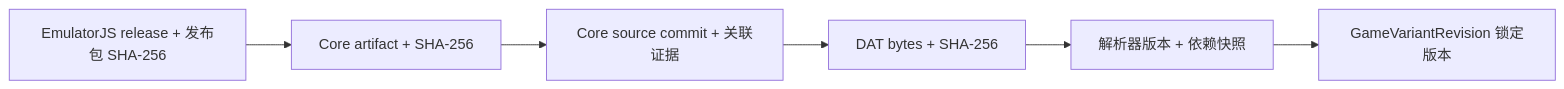
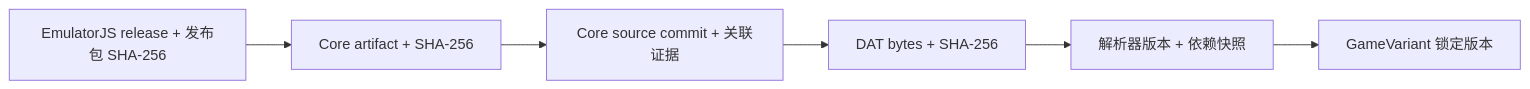
One commit to retrom-project/retrom changed the diagram in docs/arcade-dat-baseline.md. Above: the diagram before and after it, drawn with Mermaid. The commit also changed other lines of this file and 795 other files, not shown here.

First line of the commit message:
refactor: unify Runtime Providers and simplify host launch architecture (#19)

```diff
--- a/docs/arcade-dat-baseline.md
+++ b/docs/arcade-dat-baseline.md
@@ -18,8 +18,8 @@
 ~~~mermaid
 flowchart LR
     Release["EmulatorJS release + 发布包 SHA-256"] --> Artifact["Core artifact + SHA-256"]
     Artifact --> Source["Core source commit + 关联证据"]
     Source --> Dat["DAT bytes + SHA-256"]
     Dat --> Snapshot["解析器版本 + 依赖快照"]
-    Snapshot --> Variant["GameVariantRevision 锁定版本"]
+    Snapshot --> Variant["GameVariant 锁定版本"]
 ~~~
```
